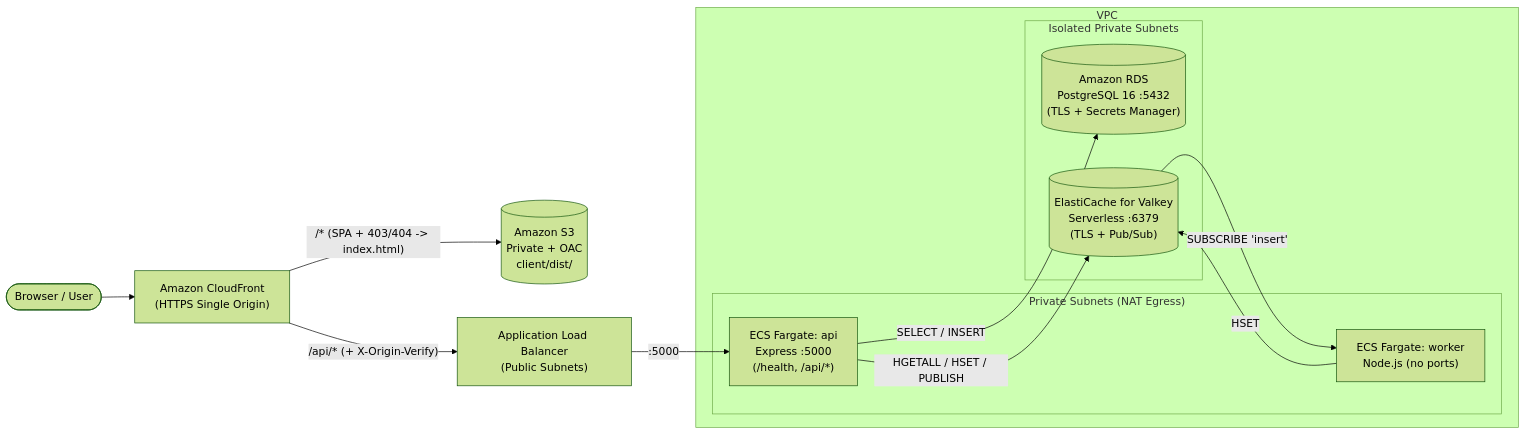
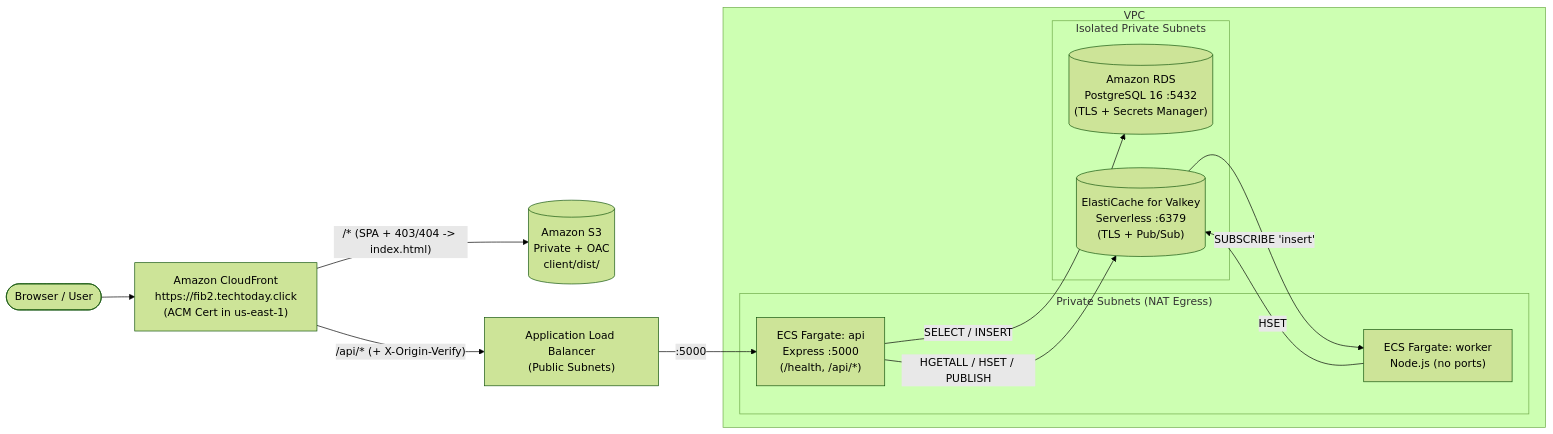
The diagram in multi-container-services-prod/README.md (pankajspace/docker-k8s), drawn with Mermaid (forest theme) before and after one commit. The commit also changed other lines of this file and 7 other files, not shown here.

````diff
--- a/multi-container-services-prod/README.md
+++ b/multi-container-services-prod/README.md
@@ -14,25 +14,25 @@
 ```mermaid
 flowchart LR
-    User(["Browser / User"]) --> CF["Amazon CloudFront\n(HTTPS Single Origin)"]
+    User(["Browser / User"]) --> CF["Amazon CloudFront\nhttps://fib2.techtoday.click\n(ACM Cert in us-east-1)"]
 
     CF -->|"/* (SPA + 403/404 -> index.html)"| S3[("Amazon S3\nPrivate + OAC\nclient/dist/")]
     CF -->|"/api/* (+ X-Origin-Verify)"| ALB["Application Load Balancer\n(Public Subnets)"]
 
     subgraph VPC["VPC"]
         subgraph PrivateApp["Private Subnets (NAT Egress)"]
             API["ECS Fargate: api\nExpress :5000\n(/health, /api/*)"]
             Worker["ECS Fargate: worker\nNode.js (no ports)"]
         end
 
         subgraph PrivateData["Isolated Private Subnets"]
             RDS[("Amazon RDS\nPostgreSQL 16 :5432\n(TLS + Secrets Manager)")]
             Valkey[("ElastiCache for Valkey\nServerless :6379\n(TLS + Pub/Sub)")]
         end
     end
 
     ALB -->|":5000"| API
     API -->|"SELECT / INSERT"| RDS
     API -->|"HGETALL / HSET / PUBLISH"| Valkey
     Valkey -->|"SUBSCRIBE 'insert'"| Worker
     Worker -->|"HSET"| Valkey
 ```
````
